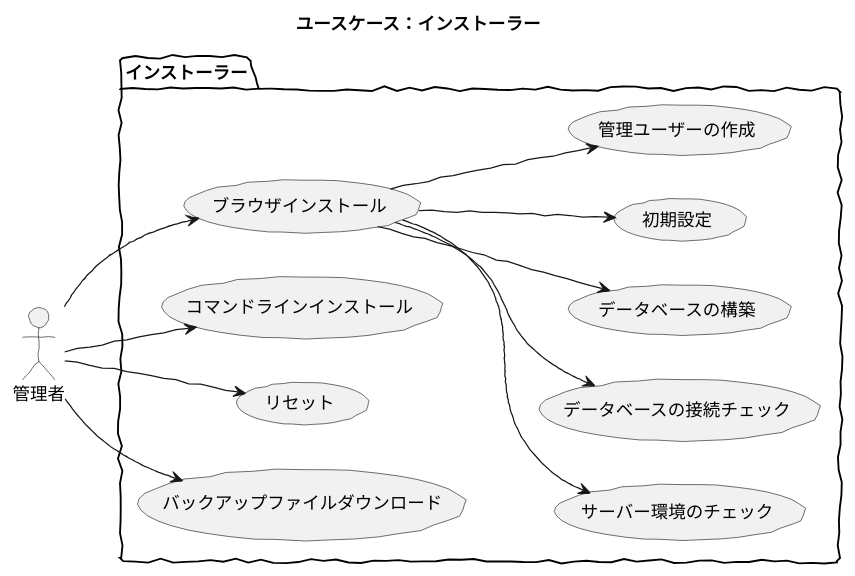
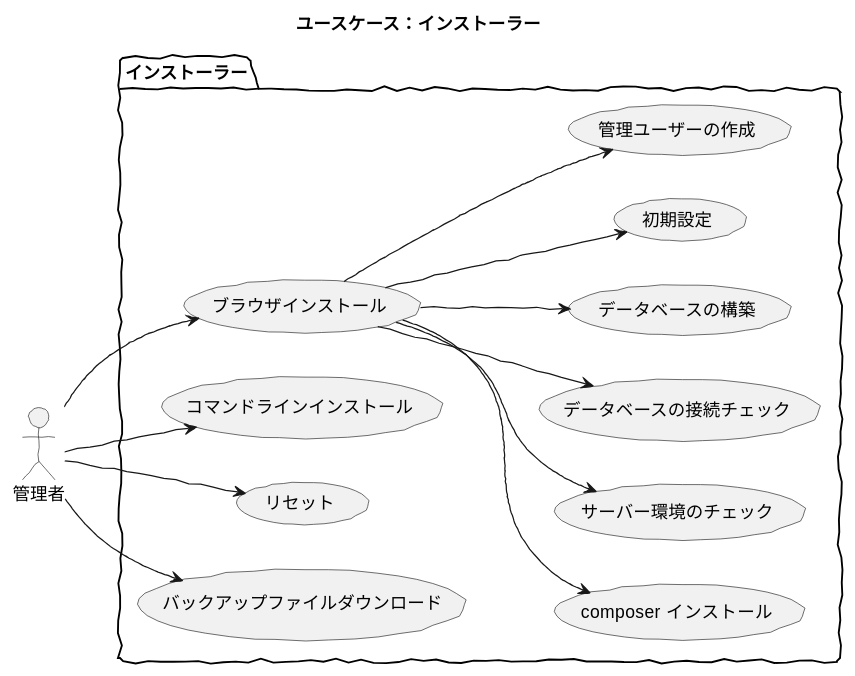
The diagram in src/puml/5/ucmitz/svg/use_case/baser-core/installer.puml (baserproject/baserproject.github.io), drawn with PlantUML before and after one commit. The commit also changed 8 other files, not shown here.

```diff
--- a/src/puml/5/ucmitz/svg/use_case/baser-core/installer.puml
+++ b/src/puml/5/ucmitz/svg/use_case/baser-core/installer.puml
@@ -1,23 +1,24 @@
 @startuml
 
 skinparam handwritten true
 skinparam backgroundColor white
 
 title ユースケース：インストーラー
 
 actor 管理者
 
 package インストーラー {
 	left to right direction
 	管理者 -down-> (ブラウザインストール)
 	管理者 -down-> (コマンドラインインストール)
+	(ブラウザインストール) -down-> (composer インストール)
 	(ブラウザインストール) -down-> (サーバー環境のチェック)
 	(ブラウザインストール) -down-> (データベースの接続チェック)
 	(ブラウザインストール) -down-> (データベースの構築)
 	(ブラウザインストール) -down-> (初期設定)
 	(ブラウザインストール) -down-> (管理ユーザーの作成)
 	管理者 -down-> (リセット)
 	管理者 -down-> (バックアップファイルダウンロード)
 }
 
 @enduml
```
